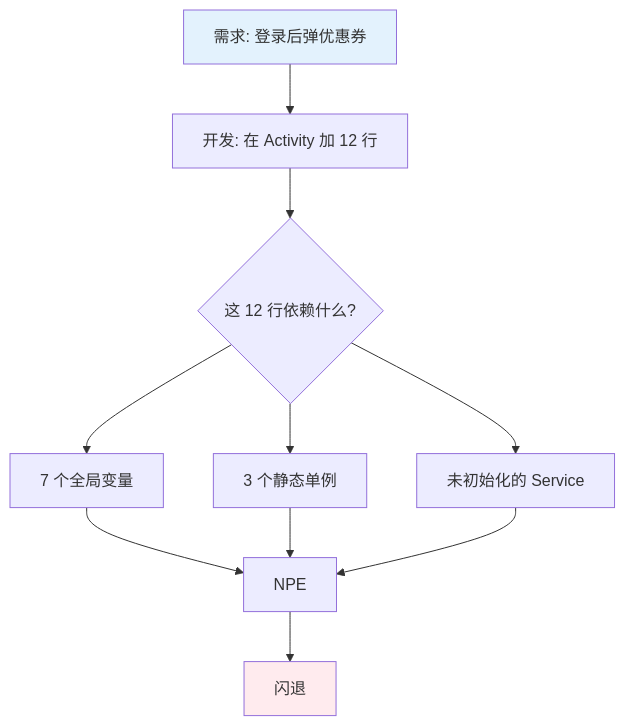
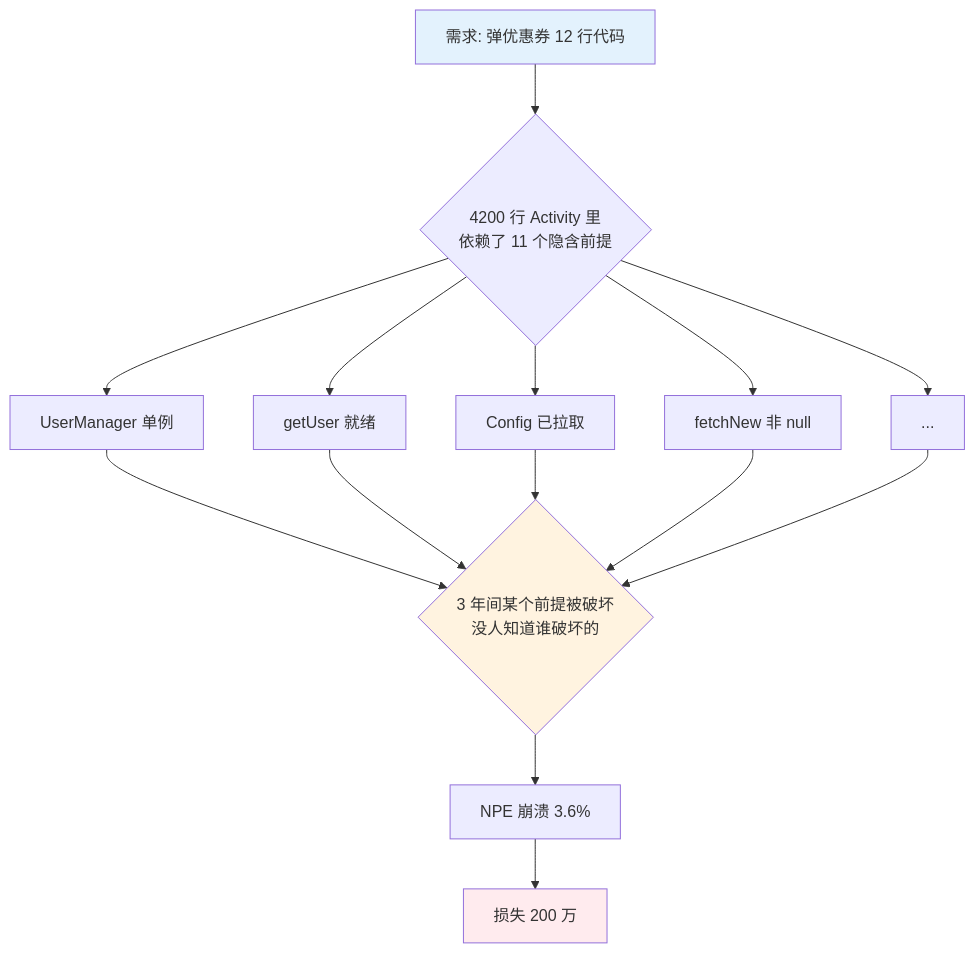
Before and after one commit to chongyang211/YCBookBlog: the first of 12 diagrams in docs/10.真经/05.方案设计思想/01.通用架构设计方案.md, drawn with Mermaid. The commit also changed other lines of this file and 36 other files, not shown here.

````diff
--- a/docs/10.真经/05.方案设计思想/01.通用架构设计方案.md
+++ b/docs/10.真经/05.方案设计思想/01.通用架构设计方案.md
@@ -77,15 +125,17 @@
 ```mermaid
 flowchart TD
-    A[需求: 登录后弹优惠券] --> B[开发: 在 Activity 加 12 行]
-    B --> C{这 12 行依赖什么?}
-    C --> D[7 个全局变量]
-    C --> E[3 个静态单例]
-    C --> F[未初始化的 Service]
-    D --> G[NPE]
-    E --> G
-    F --> G
-    G --> H[闪退]
+    A[需求: 弹优惠券 12 行代码] --> B{4200 行 Activity 里<br/>依赖了 11 个隐含前提}
+    B --> C[UserManager 单例]
+    B --> D[getUser 就绪]
+    B --> E[Config 已拉取]
+    B --> F[fetchNew 非 null]
+    B --> G[...]
+    
+    C & D & E & F & G --> H{3 年间某个前提被破坏<br/>没人知道谁破坏的}
+    H --> I[NPE 崩溃 3.6%]
+    I --> J[损失 200 万]
     
     style A fill:#e3f2fd
-    style H fill:#ffebee
+    style H fill:#fff3e0
+    style J fill:#ffebee
 ```
````
